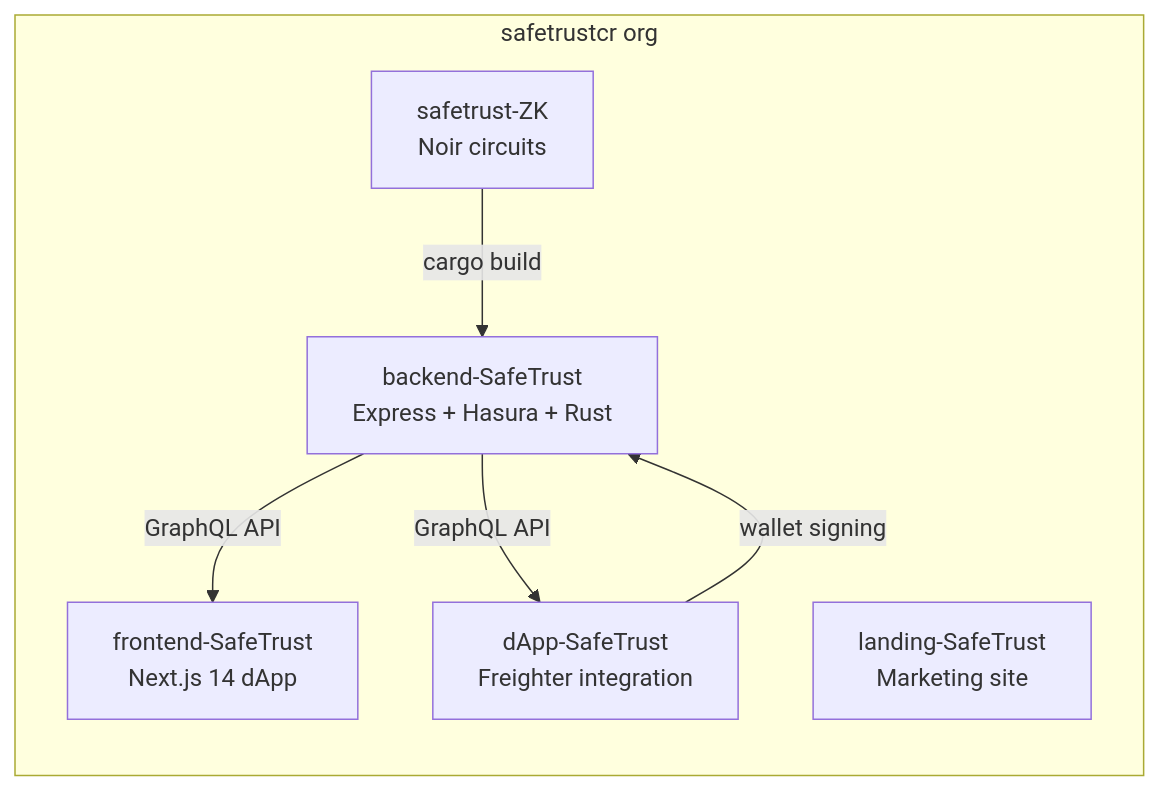
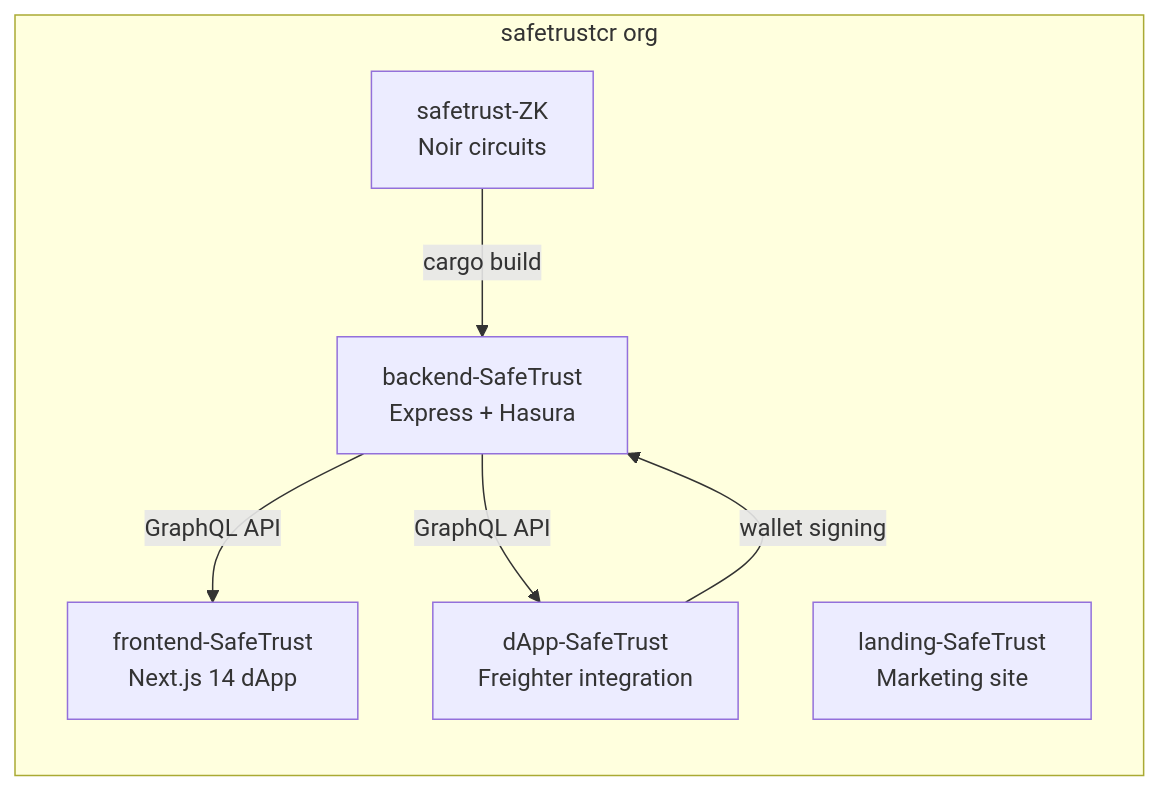
The fourth of 4 diagrams in docs/architecture/overview.md (safetrustcr/backend-SafeTrust), drawn with Mermaid before and after one commit. The commit also changed other lines of this file and 102 other files, not shown here.

````diff
--- a/docs/architecture/overview.md
+++ b/docs/architecture/overview.md
@@ -140,15 +141,15 @@
 ```mermaid
 flowchart LR
     subgraph safetrustcr org
-        BE[backend-SafeTrust\nExpress + Hasura + Rust]
+        BE[backend-SafeTrust\nExpress + Hasura]
         FE[frontend-SafeTrust\nNext.js 14 dApp]
         DA[dApp-SafeTrust\nFreighter integration]
         LA[landing-SafeTrust\nMarketing site]
         ZK[safetrust-ZK\nNoir circuits]
     end
 
     BE -->|GraphQL API| FE
     BE -->|GraphQL API| DA
     DA -->|wallet signing| BE
     ZK -->|cargo build| BE
 ```
````
